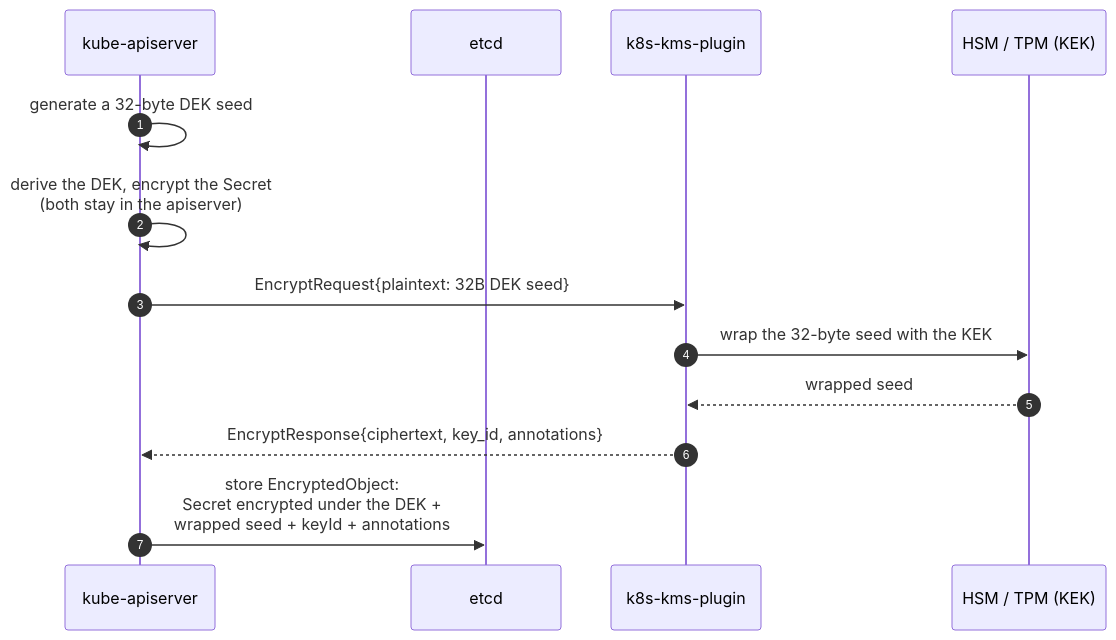
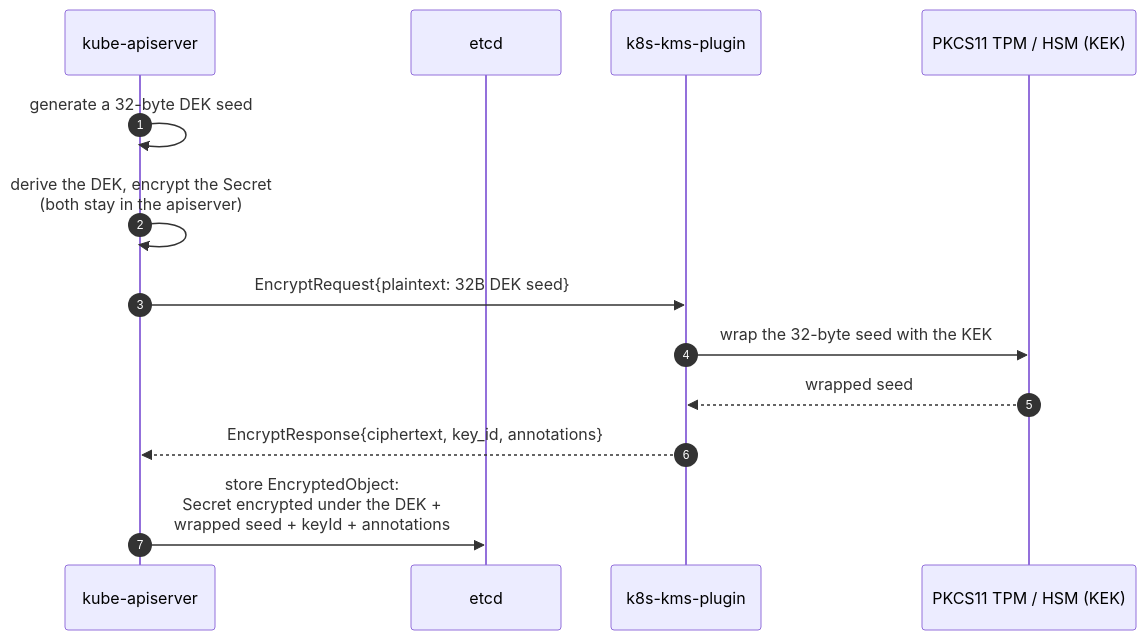
Before and after one commit to ThalesGroup/k8s-kms-plugin: the diagram in docs/cryptographic-schemes.md, drawn with Mermaid. The commit also changed 1 other file, not shown here.

Commit message:
doc: fix marmaid participant HSM name

````diff
--- a/docs/cryptographic-schemes.md
+++ b/docs/cryptographic-schemes.md
@@ -31,16 +31,16 @@
 ```mermaid
 sequenceDiagram
     autonumber
     participant API as kube-apiserver
     participant ETCD as etcd
     participant PLG as k8s-kms-plugin
-    participant HSM as HSM / TPM (KEK)
+    participant HSM as PKCS11 TPM / HSM (KEK)
 
     API->>API: generate a 32-byte DEK seed
     API->>API: derive the DEK, encrypt the Secret<br/>(both stay in the apiserver)
     API->>PLG: EncryptRequest{plaintext: 32B DEK seed}
     PLG->>HSM: wrap the 32-byte seed with the KEK
     HSM-->>PLG: wrapped seed
     PLG-->>API: EncryptResponse{ciphertext, key_id, annotations}
     API->>ETCD: store EncryptedObject:<br/>Secret encrypted under the DEK +<br/>wrapped seed + keyId + annotations
 ```
````
